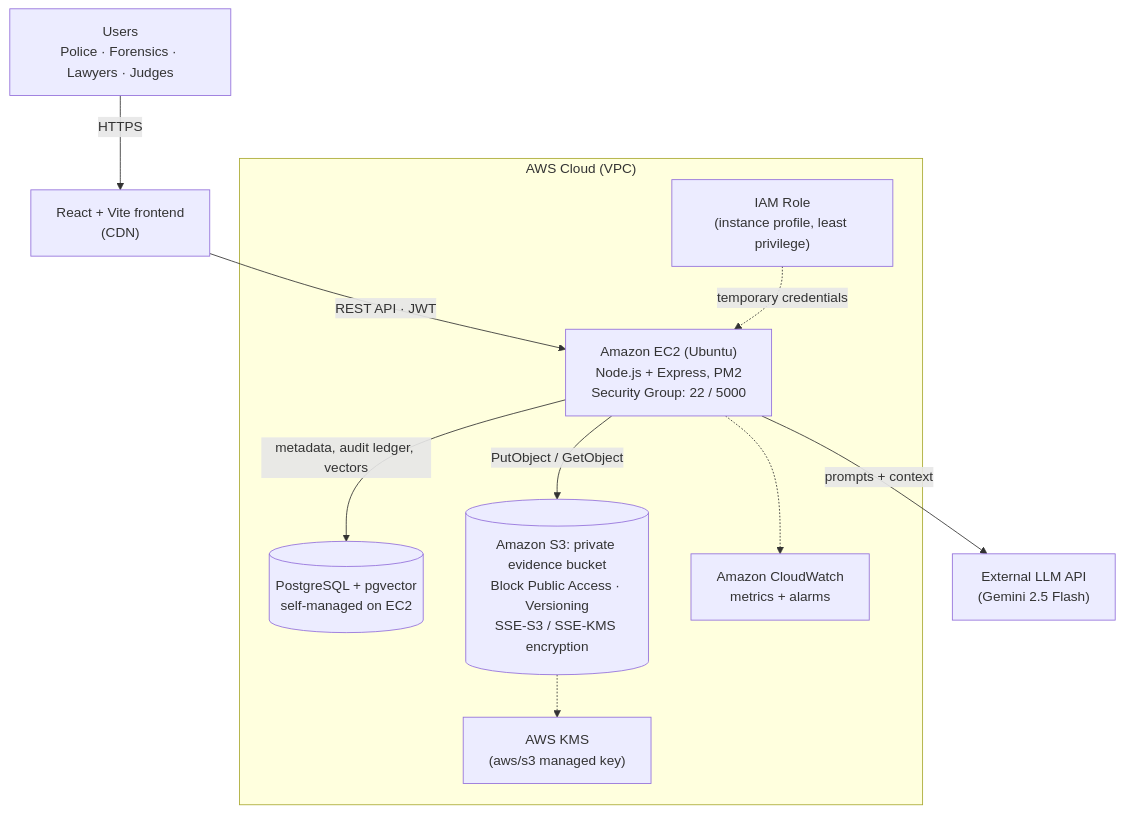
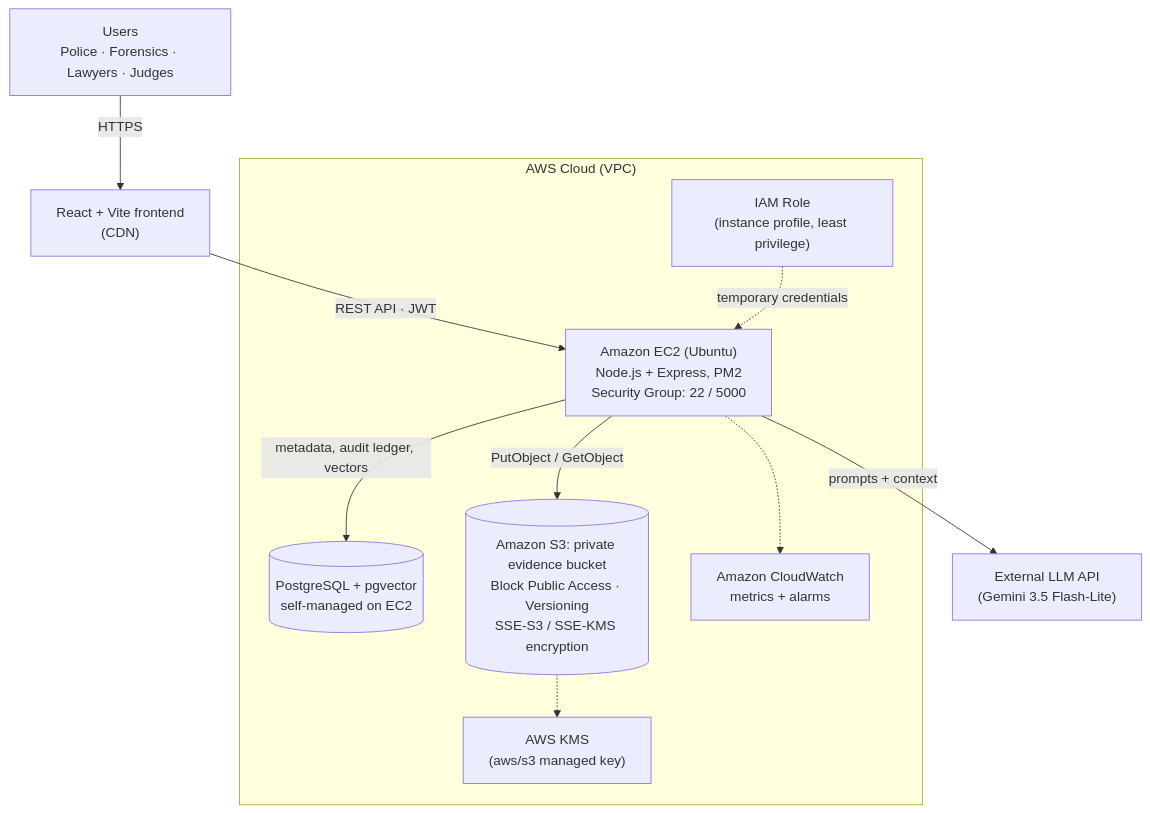
One commit to krishna-chhabra-cse/NyayVault changed the diagram in README.md. Above: the diagram before and after it, drawn with Mermaid. The commit also changed other lines of this file and 3 other files, not shown here.

First line of the commit message:
Fix intermittent PDF failures and RAG citations; switch to Gemini 3.5 Flash-Lite

````diff
--- a/README.md
+++ b/README.md
@@ -24,21 +24,21 @@
 ```mermaid
 flowchart TD
     U["Users<br/>Police · Forensics · Lawyers · Judges"] -->|HTTPS| FE["React + Vite frontend<br/>(CDN)"]
     FE -->|"REST API · JWT"| EC2
 
     subgraph AWS["AWS Cloud (VPC)"]
         EC2["Amazon EC2 (Ubuntu)<br/>Node.js + Express, PM2<br/>Security Group: 22 / 5000"]
         PG[("PostgreSQL + pgvector<br/>self-managed on EC2")]
         S3[("Amazon S3: private evidence bucket<br/>Block Public Access · Versioning<br/>SSE-S3 / SSE-KMS encryption")]
         IAM["IAM Role<br/>(instance profile, least privilege)"]
         KMS["AWS KMS<br/>(aws/s3 managed key)"]
         CW["Amazon CloudWatch<br/>metrics + alarms"]
         EC2 -->|"metadata, audit ledger, vectors"| PG
         EC2 -->|"PutObject / GetObject"| S3
         IAM -.->|"temporary credentials"| EC2
         S3 -.-> KMS
         EC2 -.-> CW
     end
 
-    EC2 -->|"prompts + context"| AI["External LLM API<br/>(Gemini 2.5 Flash)"]
+    EC2 -->|"prompts + context"| AI["External LLM API<br/>(Gemini 3.5 Flash-Lite)"]
 ```
````
